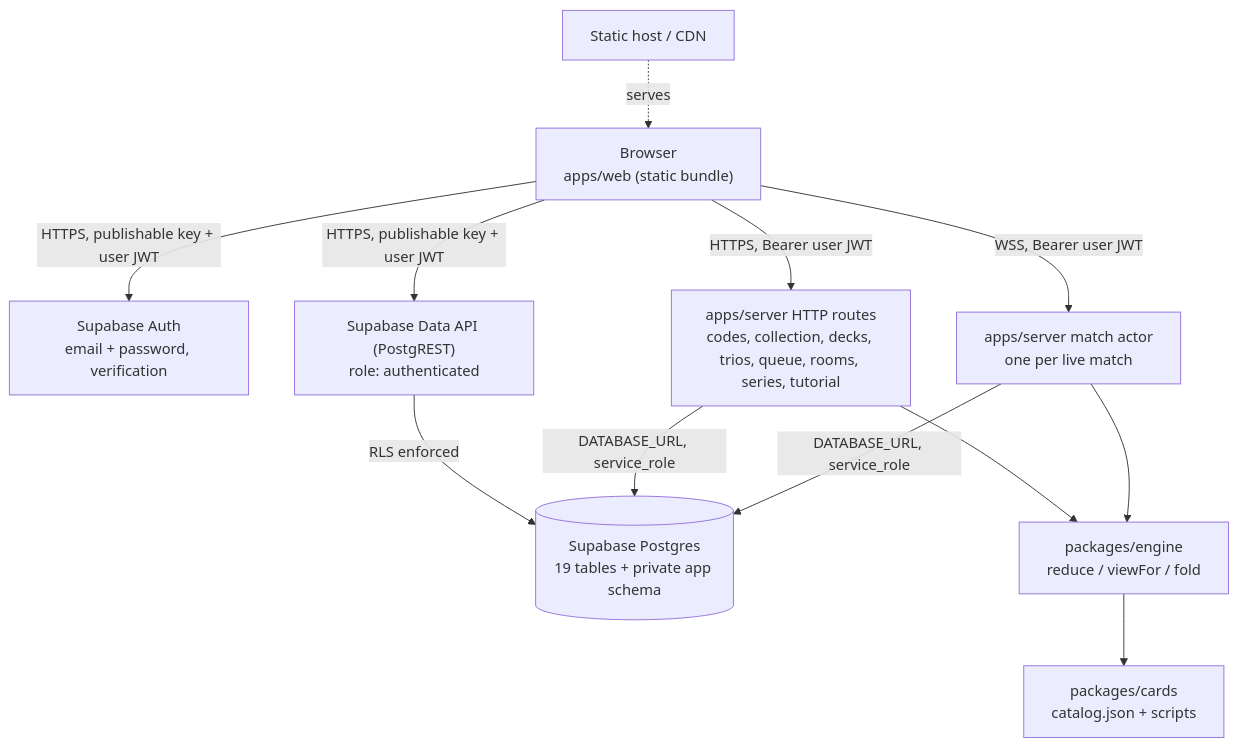
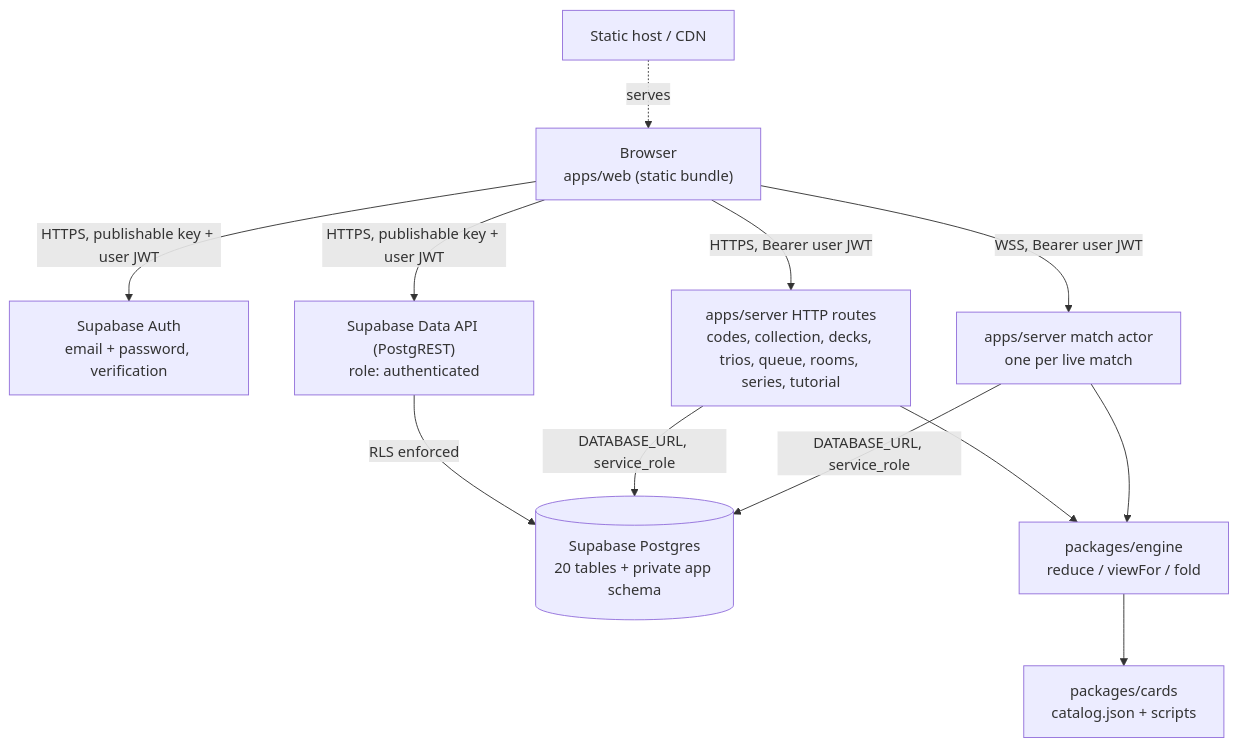
The diagram in docs/architecture.md (Jlore-Studios/JackiOh), drawn with Mermaid before and after one commit. The commit also changed other lines of this file and 33 other files, not shown here.

````diff
--- a/docs/architecture.md
+++ b/docs/architecture.md
@@ -16,24 +16,24 @@
 ```mermaid
 flowchart TD
   B["Browser<br/>apps/web (static bundle)"]
   CDN["Static host / CDN"]
   AUTH["Supabase Auth<br/>email + password, verification"]
   PGR["Supabase Data API (PostgREST)<br/>role: authenticated"]
   API["apps/server HTTP routes<br/>codes, collection, decks, trios, queue, rooms, series, tutorial"]
   ACT["apps/server match actor<br/>one per live match"]
-  PG[("Supabase Postgres<br/>19 tables + private app schema")]
+  PG[("Supabase Postgres<br/>20 tables + private app schema")]
   ENG["packages/engine<br/>reduce / viewFor / fold"]
   CAT["packages/cards<br/>catalog.json + scripts"]
 
   CDN -.serves.-> B
   B -->|HTTPS, publishable key + user JWT| AUTH
   B -->|HTTPS, publishable key + user JWT| PGR
   B -->|HTTPS, Bearer user JWT| API
   B -->|WSS, Bearer user JWT| ACT
   PGR -->|RLS enforced| PG
   API -->|DATABASE_URL, service_role| PG
   ACT -->|DATABASE_URL, service_role| PG
   API --> ENG
   ACT --> ENG
   ENG --> CAT
 ```
````
